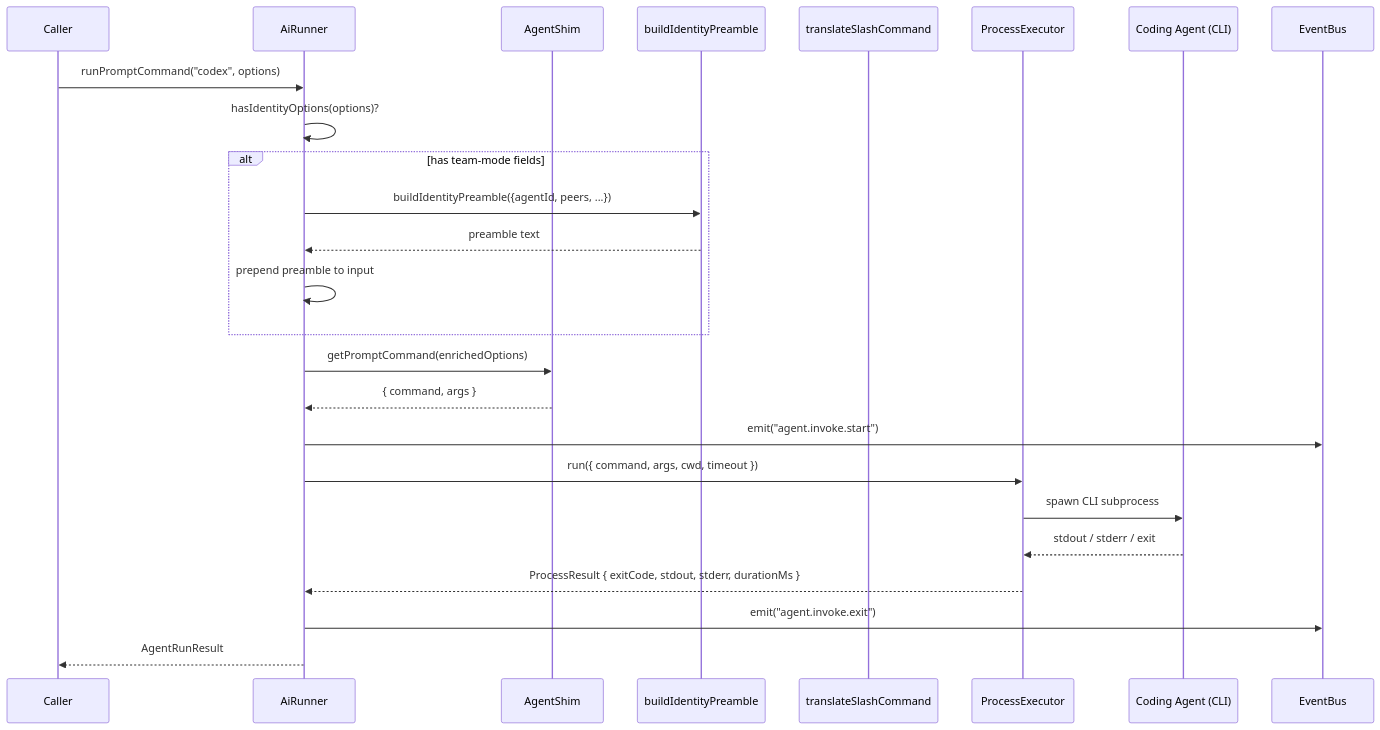
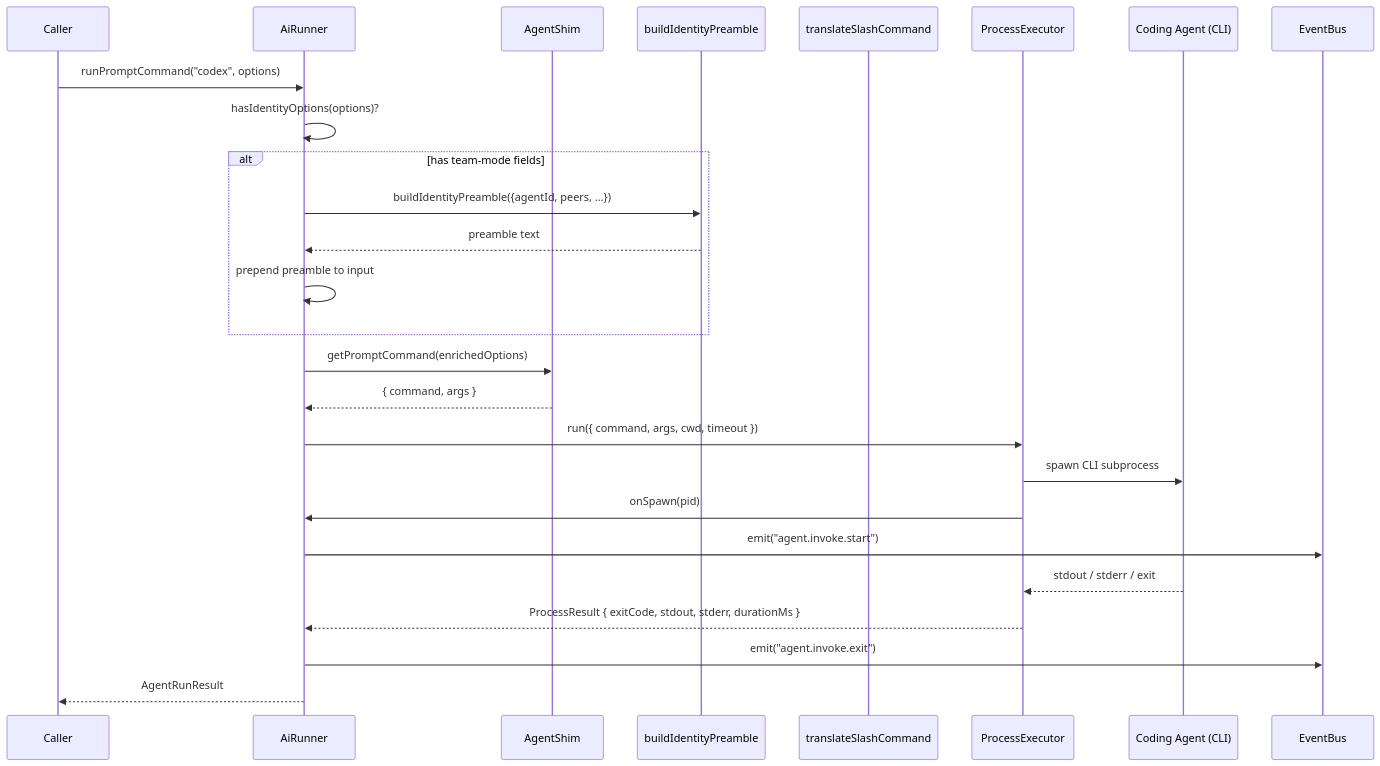
Before and after one commit to gobing-ai/ts-libs: the second of 3 diagrams in packages/ai-runner/README.md, drawn with Mermaid. The commit also changed other lines of this file and 3 other files, not shown here.

Commit message:
fix(ai-runner): emit invocation acceptance only after spawn

````diff
--- a/packages/ai-runner/README.md
+++ b/packages/ai-runner/README.md
@@ -82,28 +82,29 @@
 ```mermaid
 sequenceDiagram
     participant Caller
     participant AiRunner
     participant AgentShim
     participant Identity as buildIdentityPreamble
     participant Slash as translateSlashCommand
     participant Executor as ProcessExecutor
     participant Agent as Coding Agent (CLI)
     participant EventBus
 
     Caller->>AiRunner: runPromptCommand("codex", options)
     AiRunner->>AiRunner: hasIdentityOptions(options)?
     alt has team-mode fields
         AiRunner->>Identity: buildIdentityPreamble({agentId, peers, ...})
         Identity-->>AiRunner: preamble text
         AiRunner->>AiRunner: prepend preamble to input
     end
     AiRunner->>AgentShim: getPromptCommand(enrichedOptions)
     AgentShim-->>AiRunner: { command, args }
-    AiRunner->>EventBus: emit("agent.invoke.start")
     AiRunner->>Executor: run({ command, args, cwd, timeout })
     Executor->>Agent: spawn CLI subprocess
+    Executor->>AiRunner: onSpawn(pid)
+    AiRunner->>EventBus: emit("agent.invoke.start")
     Agent-->>Executor: stdout / stderr / exit
     Executor-->>AiRunner: ProcessResult { exitCode, stdout, stderr, durationMs }
     AiRunner->>EventBus: emit("agent.invoke.exit")
     AiRunner-->>Caller: AgentRunResult
 ```
````
